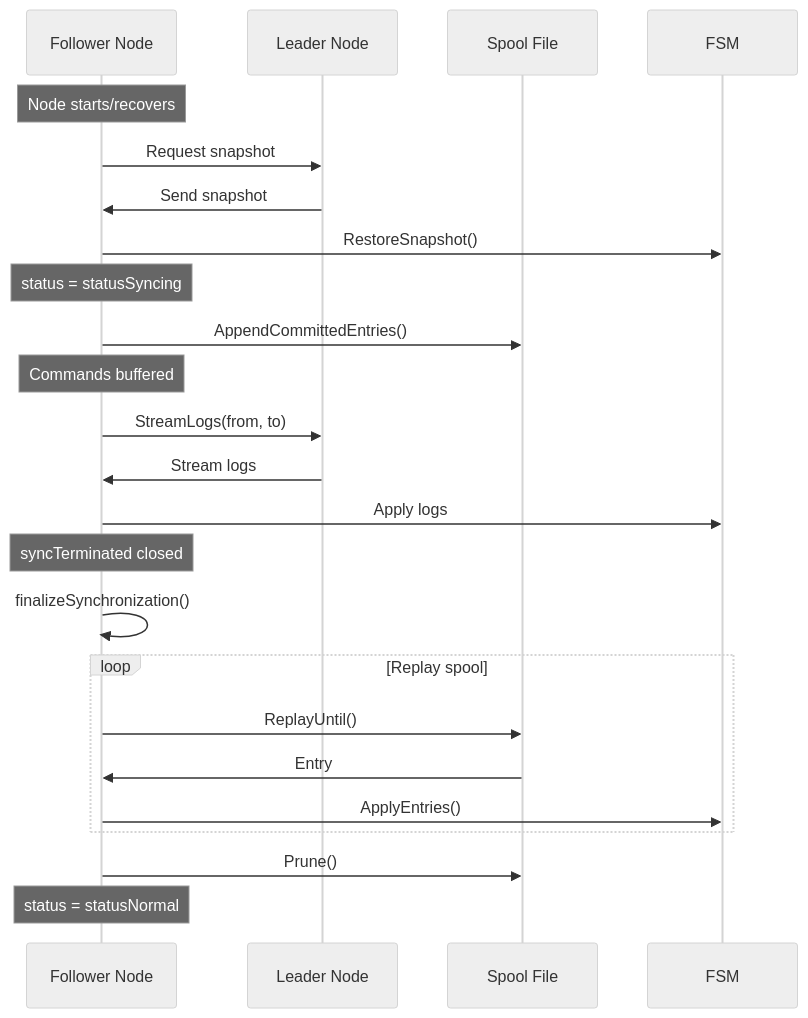
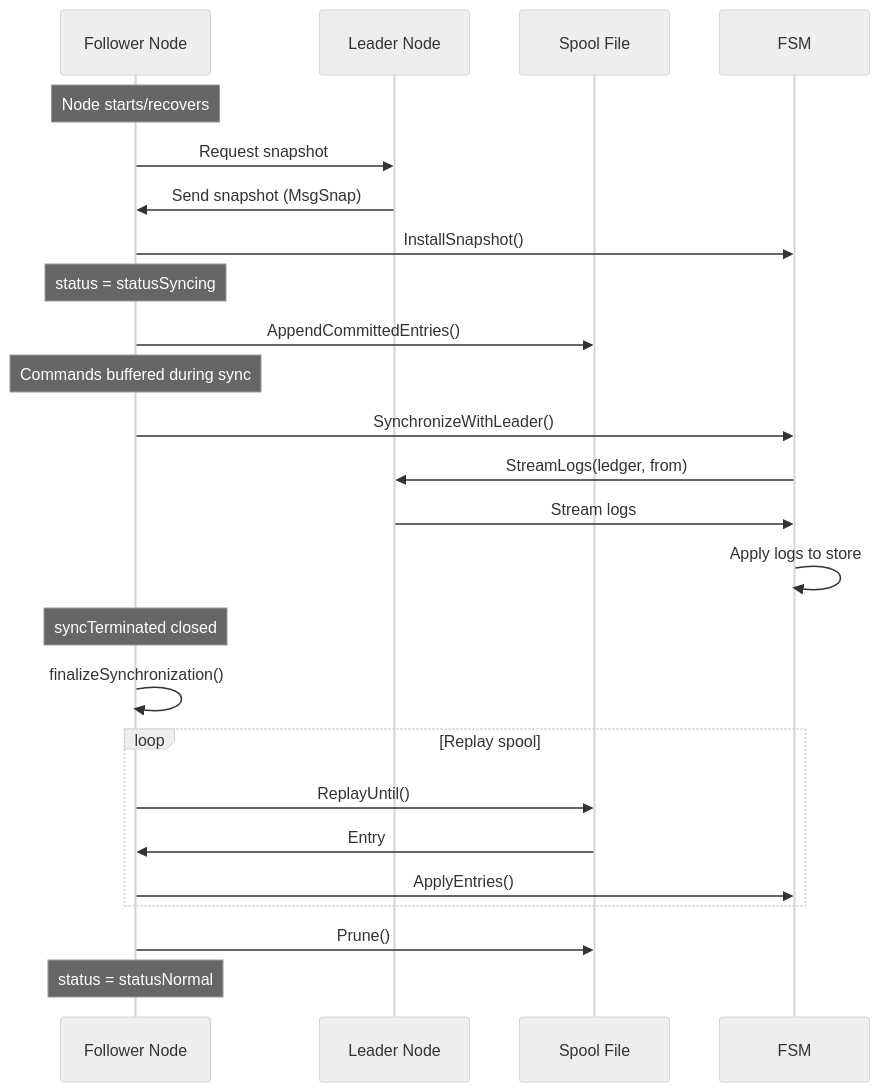
The second of 2 diagrams in docs/advanced-concepts.md (formancehq/ledger), drawn with Mermaid (neutral theme) before and after one commit. The commit also changed 6 other files, not shown here.

````diff
--- a/docs/advanced-concepts.md
+++ b/docs/advanced-concepts.md
@@ -115,27 +115,28 @@
 ```mermaid
 sequenceDiagram
     participant Node as Follower Node
     participant Leader as Leader Node
     participant Spool as Spool File
     participant FSM as FSM
     
     Note over Node: Node starts/recovers
     Node->>Leader: Request snapshot
-    Leader->>Node: Send snapshot
-    Node->>FSM: RestoreSnapshot()
+    Leader->>Node: Send snapshot (MsgSnap)
+    Node->>FSM: InstallSnapshot()
     Note over Node: status = statusSyncing
     Node->>Spool: AppendCommittedEntries()
-    Note over Node: Commands buffered
-    Node->>Leader: StreamLogs(from, to)
-    Leader->>Node: Stream logs
-    Node->>FSM: Apply logs
+    Note over Node: Commands buffered during sync
+    Node->>FSM: SynchronizeWithLeader()
+    FSM->>Leader: StreamLogs(ledger, from)
+    Leader->>FSM: Stream logs
+    FSM->>FSM: Apply logs to store
     Note over Node: syncTerminated closed
     Node->>Node: finalizeSynchronization()
     loop Replay spool
         Node->>Spool: ReplayUntil()
         Spool->>Node: Entry
         Node->>FSM: ApplyEntries()
     end
     Node->>Spool: Prune()
     Note over Node: status = statusNormal
 ```
````
